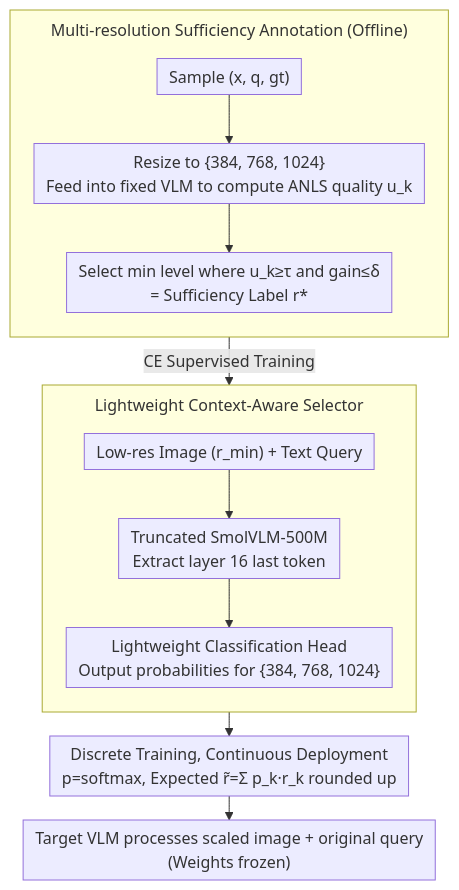
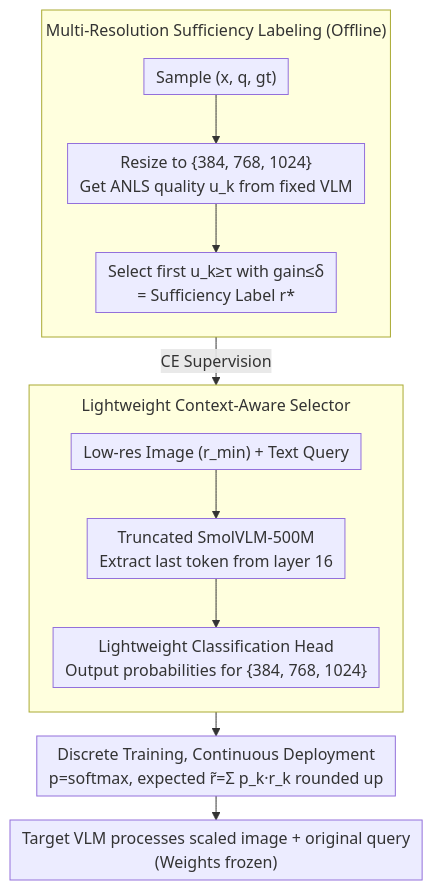
Before and after one commit to zhaoyang97/Paper-Notes-en: the diagram in docs/ACL2026/multimodal_vlm/cares_context-aware_resolution_selector_for_vlms.md, drawn with Mermaid. The commit also changed other lines of this file and 5084 other files, not shown here.

````diff
--- a/docs/ACL2026/multimodal_vlm/cares_context-aware_resolution_selector_for_vlms.md
+++ b/docs/ACL2026/multimodal_vlm/cares_context-aware_resolution_selector_for_vlms.md
@@ -43,17 +43,17 @@
 ```mermaid
 %%{init: {'flowchart': {'rankSpacing': 24, 'nodeSpacing': 28, 'padding': 6, 'wrappingWidth': 400, 'subGraphTitleMargin': {'top': 8, 'bottom': 16}}}}%%
 flowchart TD
-    subgraph LABEL["Multi-resolution Sufficiency Annotation (Offline)"]
+    subgraph LABEL["Multi-Resolution Sufficiency Labeling (Offline)"]
         direction TB
-        A["Sample (x, q, gt)"] --> B["Resize to {384, 768, 1024}<br/>Feed into fixed VLM to compute ANLS quality u_k"]
-        B --> C["Select min level where u_k≥τ and gain≤δ<br/>= Sufficiency Label r*"]
+        A["Sample (x, q, gt)"] --> B["Resize to {384, 768, 1024}<br/>Get ANLS quality u_k from fixed VLM"]
+        B --> C["Select first u_k≥τ with gain≤δ<br/>= Sufficiency Label r*"]
     end
     subgraph SEL["Lightweight Context-Aware Selector"]
         direction TB
-        D["Low-res Image (r_min) + Text Query"] --> E["Truncated SmolVLM-500M<br/>Extract layer 16 last token"]
+        D["Low-res Image (r_min) + Text Query"] --> E["Truncated SmolVLM-500M<br/>Extract last token from layer 16"]
         E --> F["Lightweight Classification Head<br/>Output probabilities for {384, 768, 1024}"]
     end
-    C -->|CE Supervised Training| F
-    F --> G["Discrete Training, Continuous Deployment<br/>p=softmax, Expected r̃=Σ p_k·r_k rounded up"]
+    C -->|CE Supervision| F
+    F --> G["Discrete Training, Continuous Deployment<br/>p=softmax, expected r̃=Σ p_k·r_k rounded up"]
     G --> H["Target VLM processes scaled image + original query<br/>(Weights frozen)"]
 ```
````
